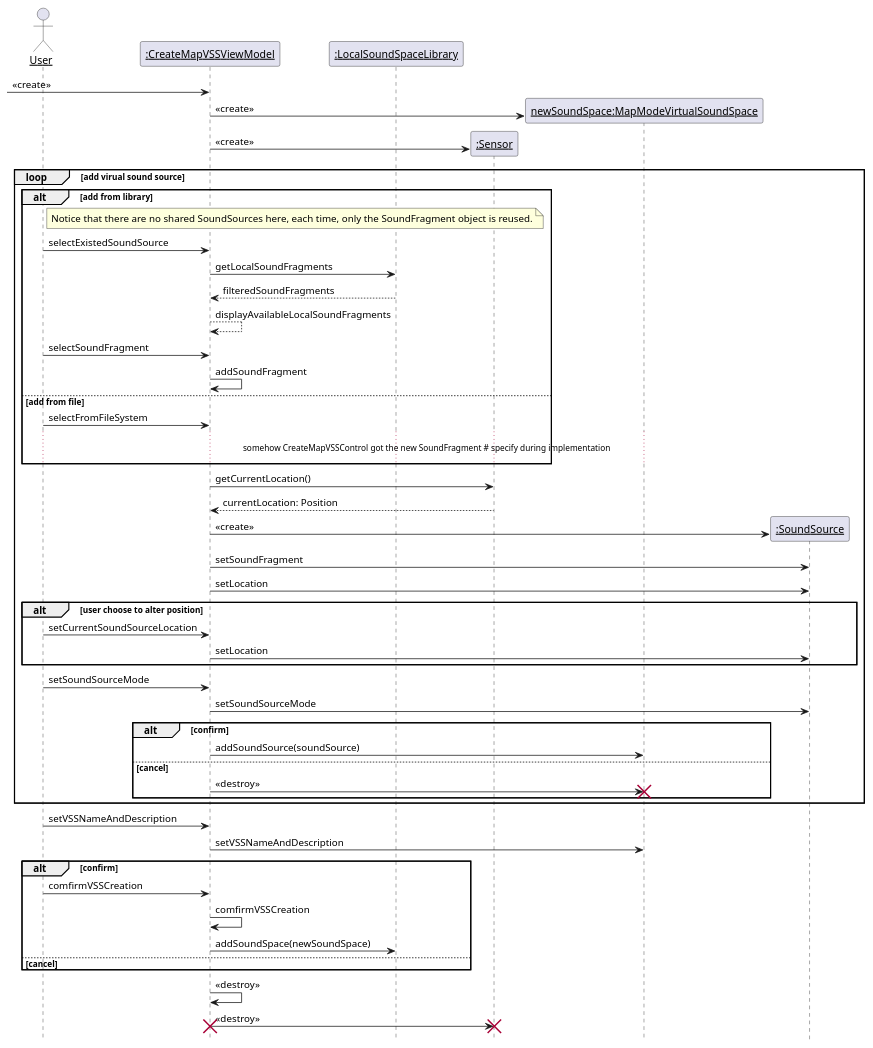
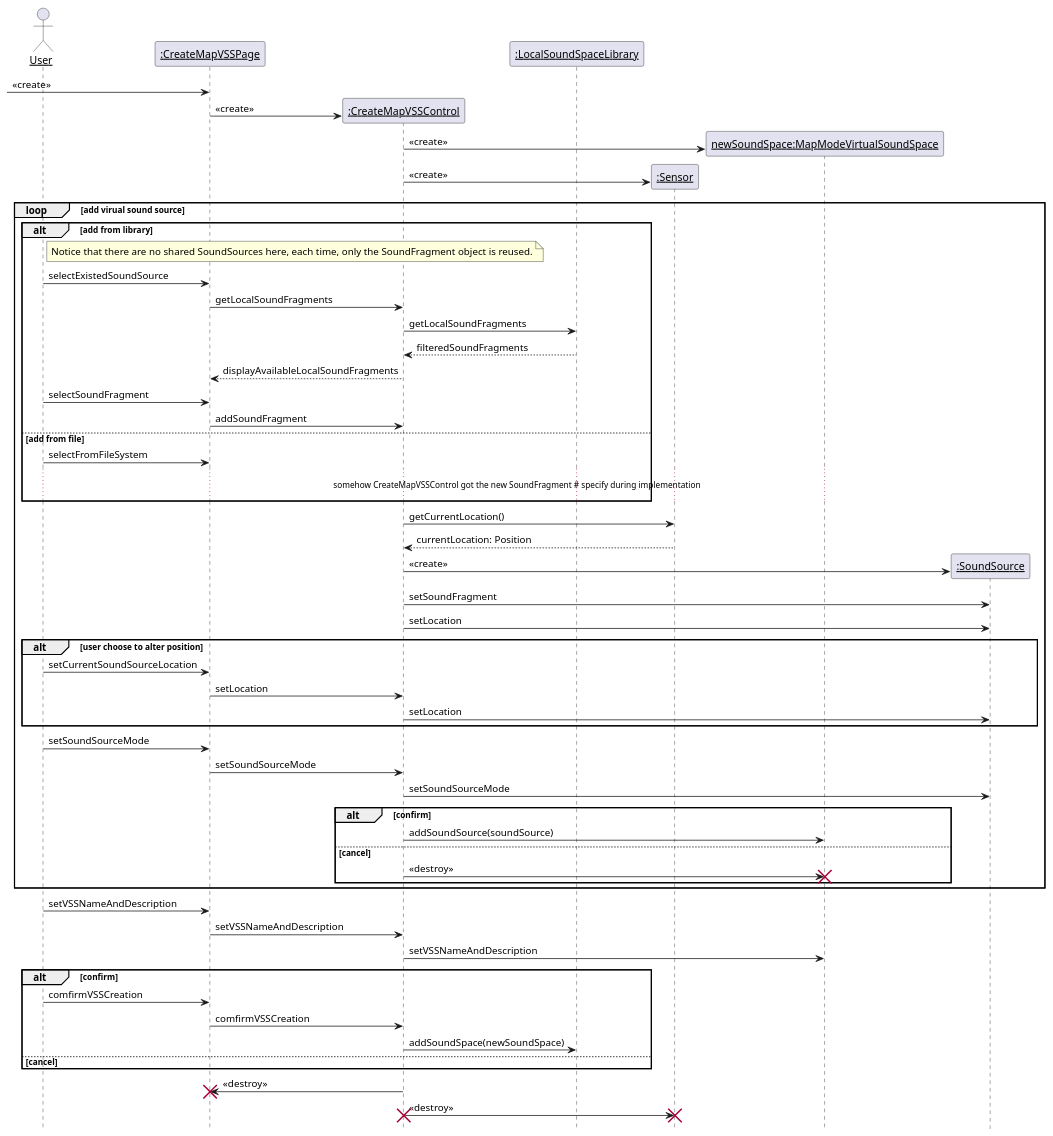
One commit to kpp19920121/doc changed the tenth of 31 diagrams in 设计/顺序图.md. Above: the diagram before and after it, drawn with PlantUML. The commit also changed other lines of this file, not shown here.

Commit message:
补全了顺序图

````diff
--- a/设计/顺序图.md
+++ b/设计/顺序图.md
@@ -366,70 +318,78 @@
 ```PlantUML
 @startuml Diagrams/CreateMapModeVSS
 hide footbox
 skinparam sequenceParticipant underline
 
 
 actor User as user
-participant ":CreateMapVSSViewModel" as createboundary
+participant ":CreateMapVSSPage" as createboundary
+participant ":CreateMapVSSControl" as createcontrol
 participant ":LocalSoundSpaceLibrary" as library
 participant ":Sensor" as sensor
 participant "newSoundSpace:MapModeVirtualSoundSpace" as newspace
 
 
 [-> createboundary: <<create>>
+create createcontrol
+createboundary -> createcontrol: <<create>>
 create newspace
-createboundary -> newspace: <<create>>
+createcontrol -> newspace: <<create>>
 create sensor
-createboundary -> sensor: <<create>>
+createcontrol -> sensor: <<create>>
 loop add virual sound source
     alt add from library
         note right of user: Notice that there are no shared SoundSources here, each time, only the SoundFragment object is reused.
         user -> createboundary: selectExistedSoundSource
-        createboundary -> library: getLocalSoundFragments
-        library --> createboundary: filteredSoundFragments
-        createboundary --> createboundary: displayAvailableLocalSoundFragments
+        createboundary -> createcontrol: getLocalSoundFragments
+        createcontrol -> library: getLocalSoundFragments
+        library --> createcontrol: filteredSoundFragments
+        createcontrol --> createboundary: displayAvailableLocalSoundFragments
         user -> createboundary: selectSoundFragment
-        createboundary -> createboundary: addSoundFragment
+        createboundary -> createcontrol: addSoundFragment
     else add from file
         user -> createboundary: selectFromFileSystem
         ...somehow CreateMapVSSControl got the new SoundFragment # specify during implementation...
 
     end
 
-    createboundary -> sensor: getCurrentLocation()
-    sensor --> createboundary: currentLocation: Position
+    createcontrol -> sensor: getCurrentLocation()
+    sensor --> createcontrol: currentLocation: Position
 
     participant ":SoundSource" as source
     create source
-    createboundary -> source: <<create>>
-    createboundary -> source: setSoundFragment
-    createboundary -> source: setLocation
+    createcontrol -> source: <<create>>
+    createcontrol -> source: setSoundFragment
+    createcontrol -> source: setLocation
 
     alt user choose to alter position
         user -> createboundary: setCurrentSoundSourceLocation
-        createboundary -> source: setLocation
+        createboundary -> createcontrol : setLocation
+        createcontrol -> source: setLocation
     end
     user -> createboundary: setSoundSourceMode
-    createboundary -> source: setSoundSourceMode
+    createboundary -> createcontrol: setSoundSourceMode
+    createcontrol -> source: setSoundSourceMode
     alt confirm
-        createboundary -> newspace: addSoundSource(soundSource)
+        createcontrol -> newspace: addSoundSource(soundSource)
     else cancel
-        createboundary -> newspace: <<destroy>>
+        createcontrol -> newspace: <<destroy>>
         destroy newspace
     end
 end
 user -> createboundary: setVSSNameAndDescription
-createboundary -> newspace: setVSSNameAndDescription
+createboundary -> createcontrol: setVSSNameAndDescription
+createcontrol -> newspace: setVSSNameAndDescription
 alt confirm
     user -> createboundary: comfirmVSSCreation
-    createboundary -> createboundary: comfirmVSSCreation
-    createboundary -> library: addSoundSpace(newSoundSpace)
+    createboundary -> createcontrol: comfirmVSSCreation
+    createcontrol -> library: addSoundSpace(newSoundSpace)
 else cancel
 
 end
-createboundary -> createboundary: <<destroy>>
-createboundary -> sensor: <<destroy>>
+createcontrol -> createboundary: <<destroy>>
+destroy createboundary
+createcontrol -> sensor: <<destroy>>
 destroy sensor
-destroy createboundary
+destroy createcontrol
 @enduml
 ```
````
